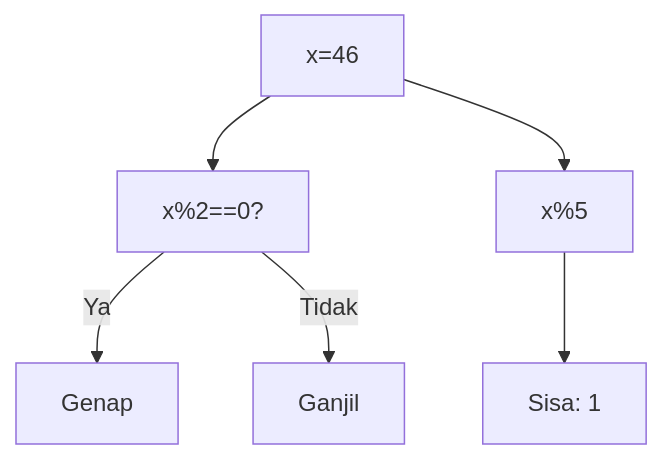
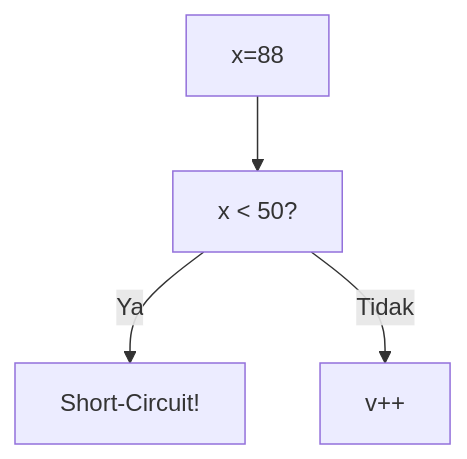
Before and after one commit to amnahwaida/OSNK_INF_PREP: diagram 13 of 25 in part-c-pemahaman-cpp/02-percabangan/latihan/set-08.md, drawn with Mermaid. The commit also changed other lines of this file and 71 other files, not shown here.

````diff
--- a/part-c-pemahaman-cpp/02-percabangan/latihan/set-08.md
+++ b/part-c-pemahaman-cpp/02-percabangan/latihan/set-08.md
@@ -468,8 +359,6 @@
 ```mermaid
 graph TD
-A["x=46"] --> B["x%2==0?"]
-B -- Ya --> C["Genap"]
-B -- Tidak --> D["Ganjil"]
-A --> E["x%5"]
-E --> F["Sisa: 1"]
+A["x=88"] --> B["x < 50?"]
+B -- Ya --> C["Short-Circuit!"]
+B -- Tidak --> D["v++"]
 ```
````
